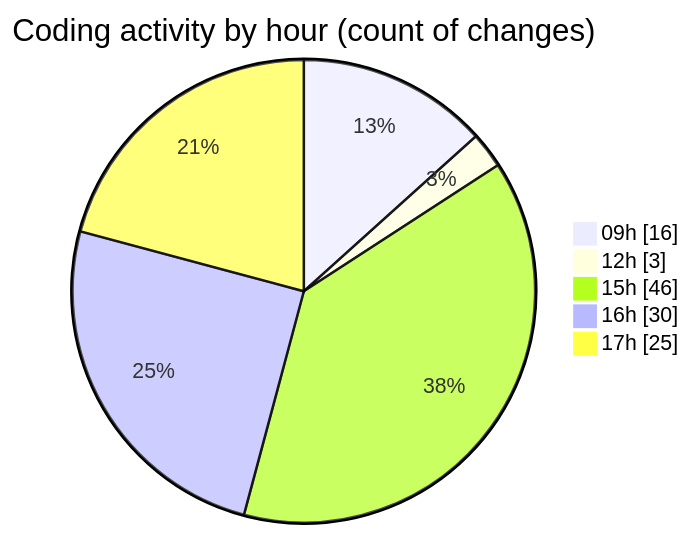
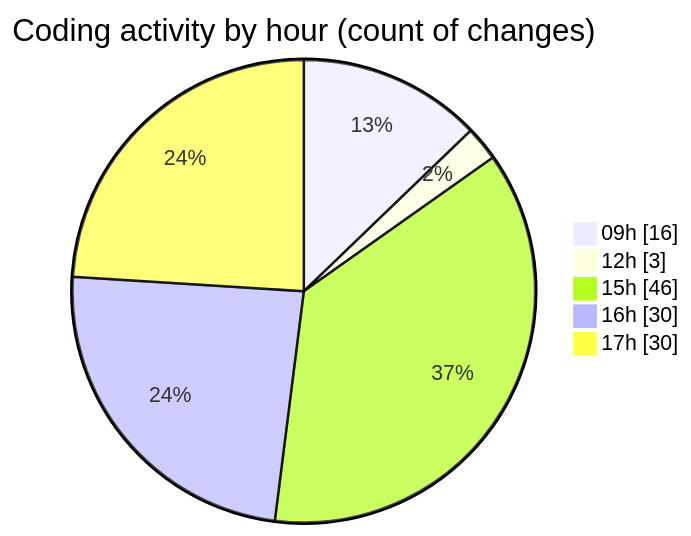
One commit to momahboobian/code-tracking changed the second of 2 diagrams in 2025-07-08/cda/README.md. Above: the diagram before and after it, drawn with Mermaid. The commit also changed other lines of this file and 1 other file, not shown here.

````diff
--- a/2025-07-08/cda/README.md
+++ b/2025-07-08/cda/README.md
@@ -57,9 +57,9 @@
 ```mermaid
 pie showData
 title Coding activity by hour (count of changes)
 "09h" : 16
 "12h" : 3
 "15h" : 46
 "16h" : 30
-"17h" : 25
+"17h" : 30
 ```
````
